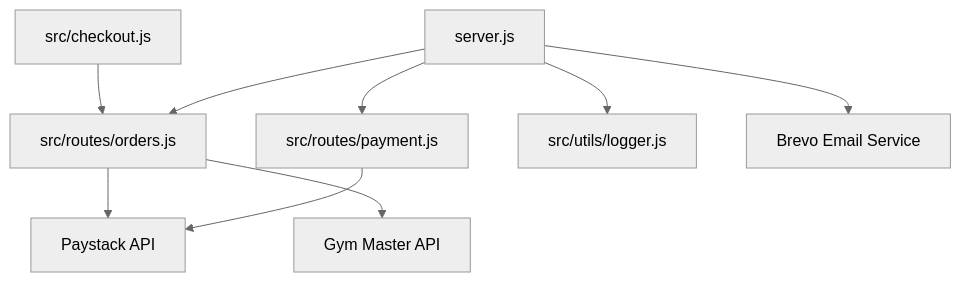
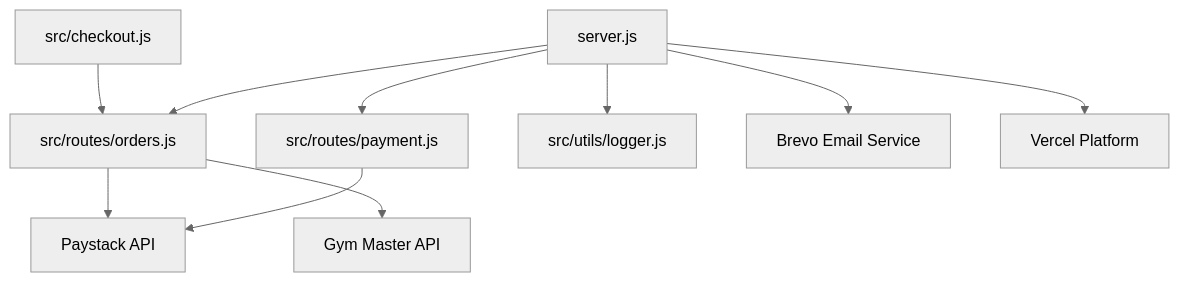
The fifth of 6 diagrams in .qoder/repowiki/en/content/External Integrations/Paystack Payment Processing.md (SirD33k/activezone), drawn with Mermaid (neutral theme) before and after one commit. The commit also changed other lines of this file and 1 other file, not shown here.

````diff
--- a/.qoder/repowiki/en/content/External Integrations/Paystack Payment Processing.md
+++ b/.qoder/repowiki/en/content/External Integrations/Paystack Payment Processing.md
@@ -307,19 +347,21 @@
 ```mermaid
 graph TB
 Server["server.js"]
 PaymentRoute["src/routes/payment.js"]
 OrdersRoute["src/routes/orders.js"]
 Checkout["src/checkout.js"]
 Logger["src/utils/logger.js"]
 Paystack["Paystack API"]
 GymMaster["Gym Master API"]
 Brevo["Brevo Email Service"]
+Vercel["Vercel Platform"]
 Server --> PaymentRoute
 Server --> OrdersRoute
 Server --> Logger
 PaymentRoute --> Paystack
 OrdersRoute --> GymMaster
 OrdersRoute --> Paystack
 Checkout --> OrdersRoute
 Server --> Brevo
+Server --> Vercel
 ```
````
